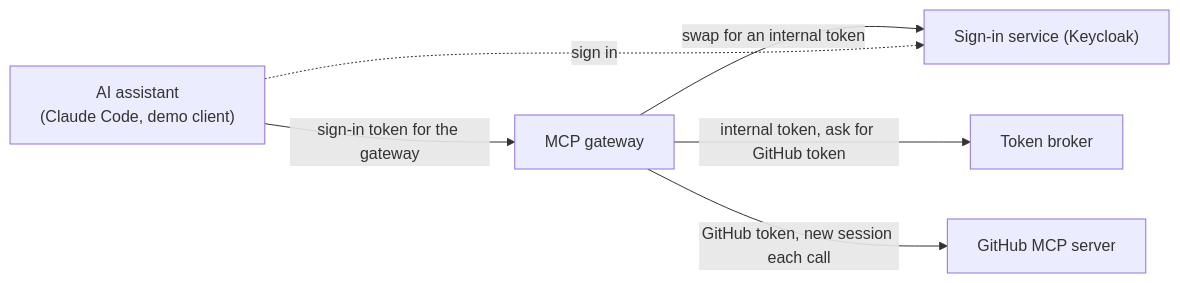
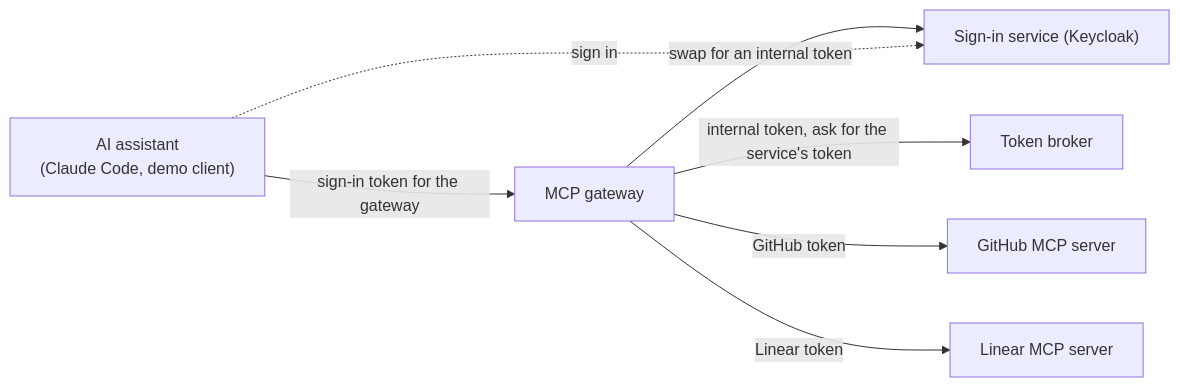
One commit to chief-builder/vendor-token-broker changed the first of 2 diagrams in docs/mcp-gateway.md. Above: the diagram before and after it, drawn with Mermaid. The commit also changed other lines of this file and 9 other files, not shown here.

First line of the commit message:
docs: document GitHub and Linear through the gateway

````diff
--- a/docs/mcp-gateway.md
+++ b/docs/mcp-gateway.md
@@ -15,8 +26,9 @@
 ```mermaid
 flowchart LR
     C["AI assistant<br/>(Claude Code, demo client)"] -->|"sign-in token for the gateway"| G["MCP gateway"]
     G -->|"swap for an internal token"| H["Sign-in service (Keycloak)"]
-    G -->|"internal token, ask for GitHub token"| B["Token broker"]
-    G -->|"GitHub token, new session each call"| M["GitHub MCP server"]
+    G -->|"internal token, ask for the service's token"| B["Token broker"]
+    G -->|"GitHub token"| M["GitHub MCP server"]
+    G -->|"Linear token"| L["Linear MCP server"]
     C -.->|"sign in"| H
 ```
````
